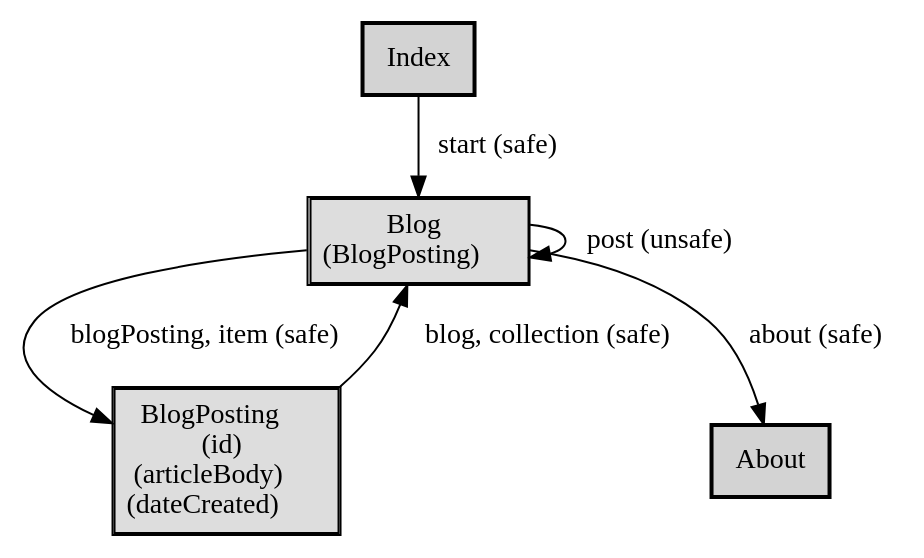
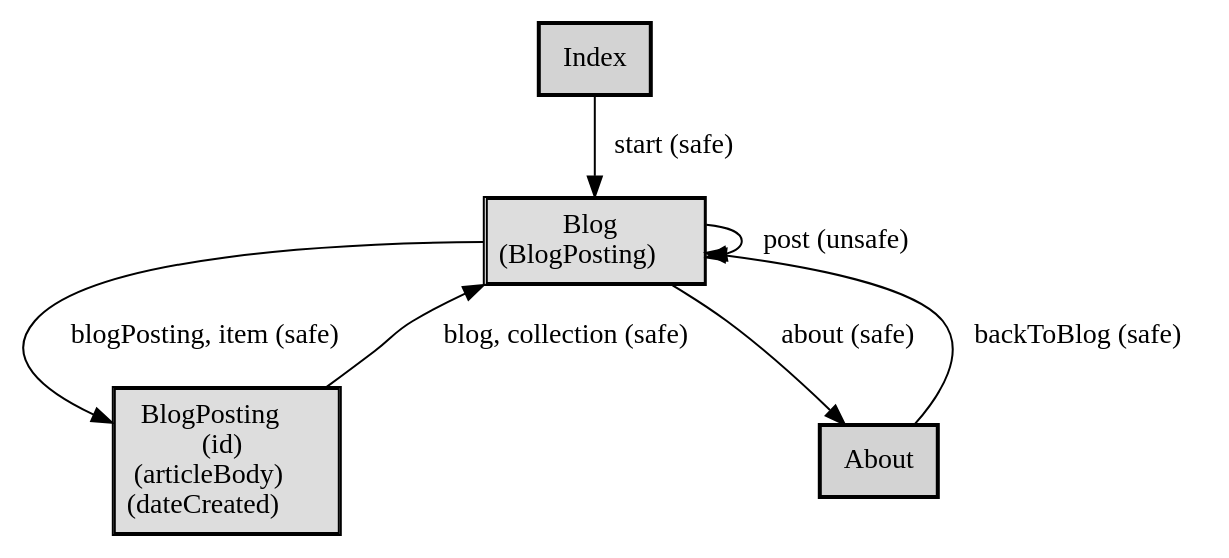
The diagram in docs/profile.example.dot (alps-asd/app-state-diagram), drawn with Graphviz before and after one commit. The commit also changed 9 other files, not shown here.

```diff
--- a/docs/profile.example.dot
+++ b/docs/profile.example.dot
@@ -1,16 +1,17 @@
 digraph application_state_diagram {
     node [shape = box, style = "bold,filled"];
 
     Blog [style=solid, margin=0.02, label=<<table cellspacing="0" cellpadding="5" cellborder="1" border="0"><tr><td bgcolor="#dddddd">Blog<br />(BlogPosting)<br /></td></tr></table>>,shape=box URL="docs/semantic.Blog.html"]
     BlogPosting [style=solid, margin=0.02, label=<<table cellspacing="0" cellpadding="5" cellborder="1" border="0"><tr><td bgcolor="#dddddd">BlogPosting<br />(id)<br />(articleBody)<br />(dateCreated)<br /></td></tr></table>>,shape=box URL="docs/semantic.BlogPosting.html"]
 
     Index->Blog [label = "start (safe)" URL="docs/safe.start.html"];
+    About->Blog [label = "backToBlog (safe)" URL="docs/safe.backToBlog.html"];
     Blog->BlogPosting [label = "blogPosting, item (safe)" URL="docs/safe.blogPosting.html"];
     Blog->Blog [label = "post (unsafe)" URL="docs/unsafe.post.html"];
     Blog->About [label = "about (safe)" URL="docs/safe.about.html"];
     BlogPosting->Blog [label = "blog, collection (safe)" URL="docs/safe.blog.html"];
 
     Index [URL="docs/semantic.Index.html"]
     About [URL="docs/semantic.About.html"]
 
 }
```
